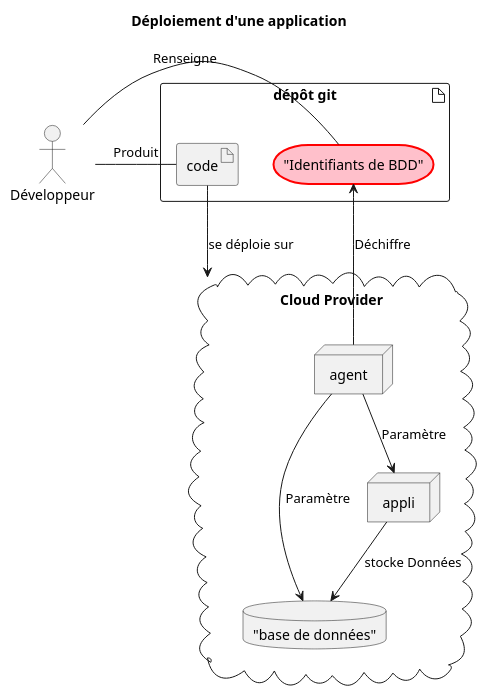
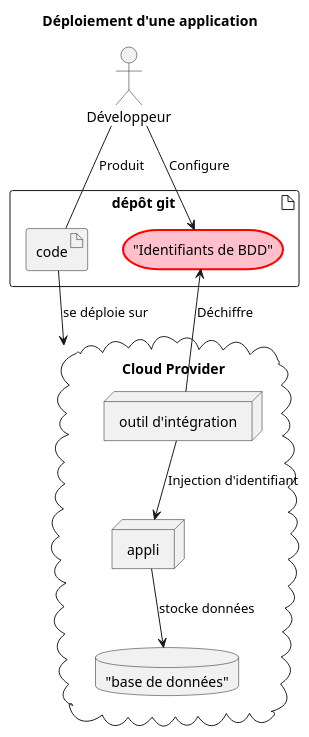
The diagram in diagrams/02-recapitulatif.puml (sylvainmetayer/talk-sops), drawn with PlantUML before and after one commit. The commit also changed 28 other files, not shown here.

```diff
--- a/diagrams/02-recapitulatif.puml
+++ b/diagrams/02-recapitulatif.puml
@@ -1,36 +1,32 @@
 @startuml
 title Déploiement d'une application
 
 actor Développeur
-artifact "dépôt git" {
+artifact "dépôt git      " {
 artifact code
 
 storage c #pink;line:red;line.bold;text:black [
 "Identifiants de BDD"
 ]
 
 }
 
 cloud "Cloud Provider" {
 database bdd [
 "base de données"
 ]
 node appli
-node agent
+node "outil d'intégration"
 
-
-
-appli -d-> bdd : stocke Données
+appli -d-> bdd : stocke données
 }
 
-
 Développeur - code : Produit
-Développeur - c : Renseigne
+Développeur -d-> c : Configure
 
 code -d-> "Cloud Provider" : se déploie sur
-agent -d-> c : Déchiffre
+"outil d'intégration" -d-> c : Déchiffre
 
-agent -d-> bdd : Paramètre
-agent -d-> appli : Paramètre
+"outil d'intégration" -d-> appli : Injection d'identifiant
 
 @enduml
```
